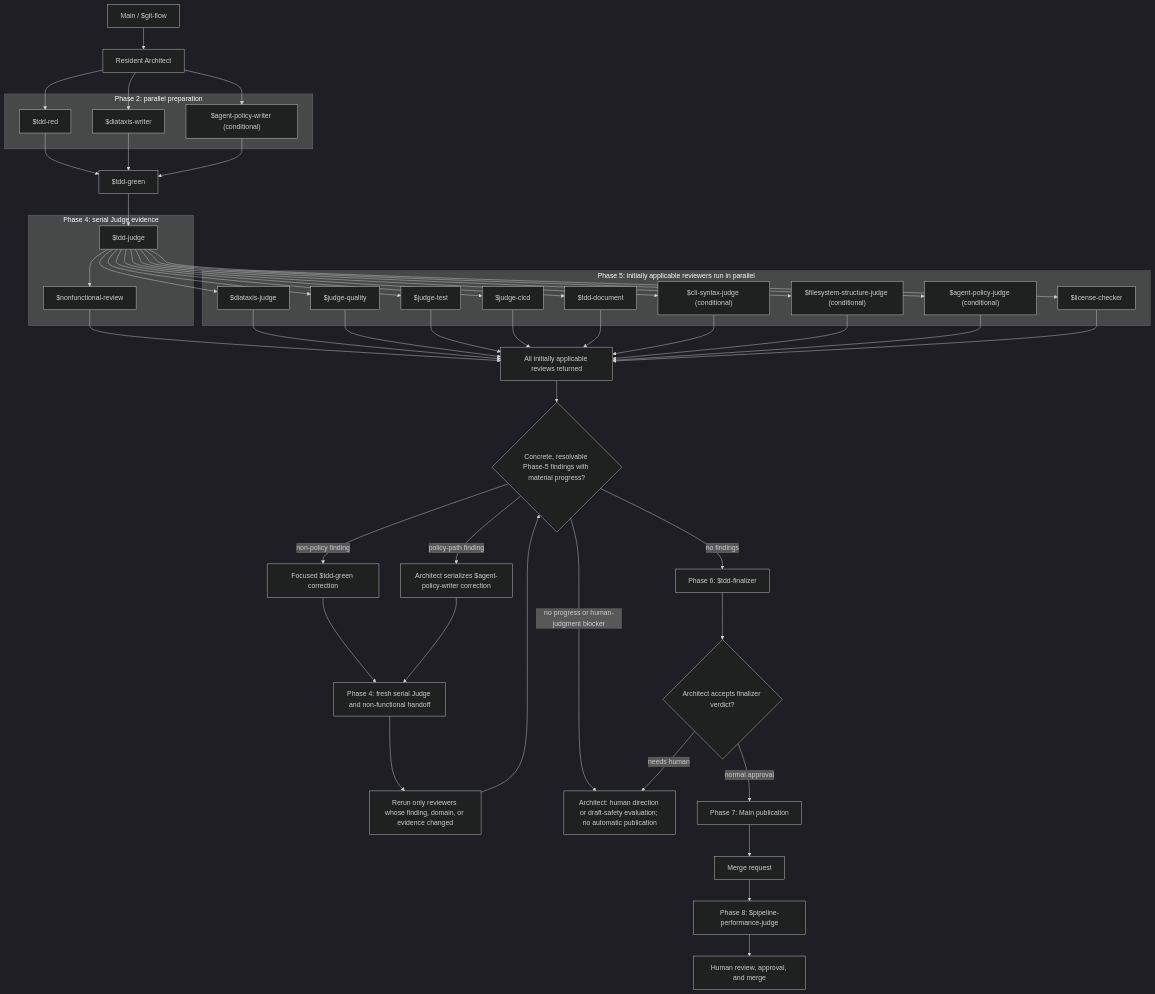
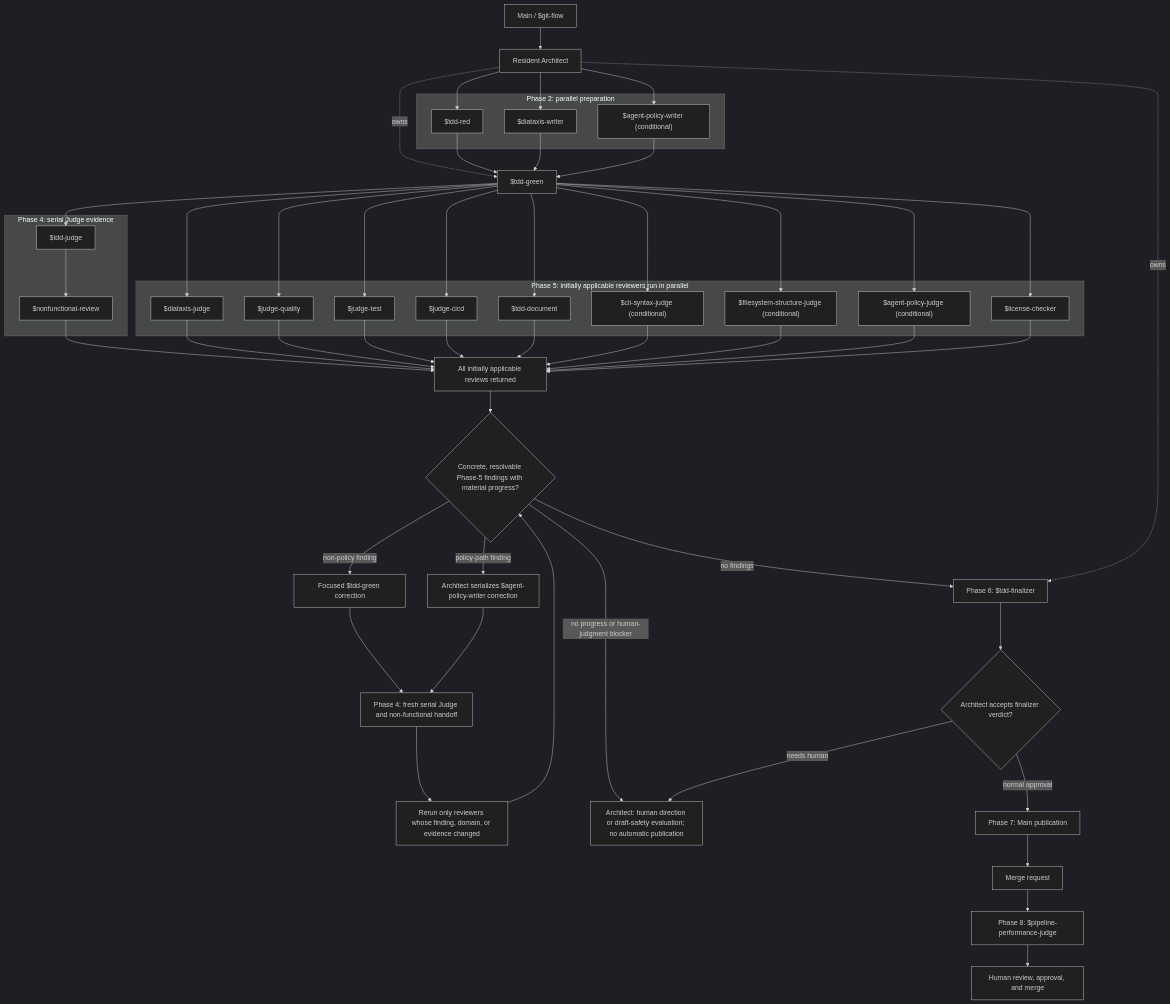
One commit to dfwguy/nvis-ova-agentic-copier changed the first of 5 diagrams in docs/explanation/agentic-workflow.md. Above: the diagram before and after it, drawn with Mermaid (dark theme). The commit also changed other lines of this file and 14 other files, not shown here.

````diff
--- a/docs/explanation/agentic-workflow.md
+++ b/docs/explanation/agentic-workflow.md
@@ -176,66 +189,68 @@
 ```mermaid
 flowchart TD
     main["Main / $git-flow"] --> architect["Resident Architect"]
     subgraph phase2["Phase 2: parallel preparation"]
         red["$tdd-red"]
         writer["$diataxis-writer"]
         policywriter["$agent-policy-writer (conditional)"]
     end
     architect --> red
     architect --> writer
     architect --> policywriter
-    red --> green["$tdd-green"]
+    architect -. owns .-> green["$tdd-green"]
+    red --> green
     writer --> green
     policywriter --> green
-    green --> judge["Phase 4: $tdd-judge (serial)"]
+    green --> judge
     subgraph phase4["Phase 4: serial Judge evidence"]
         judge["$tdd-judge"]
         nonfunctional["$nonfunctional-review"]
     end
     subgraph phase5["Phase 5: initially applicable reviewers run in parallel"]
         diataxis["$diataxis-judge"]
         quality["$judge-quality"]
         testjudge["$judge-test"]
         cicd["$judge-cicd"]
         readme["$tdd-document"]
         cli["$cli-syntax-judge (conditional)"]
         filesystem["$filesystem-structure-judge (conditional)"]
         policy["$agent-policy-judge (conditional)"]
         license["$license-checker"]
     end
     judge --> nonfunctional
-    judge --> diataxis
-    judge --> quality
-    judge --> testjudge
-    judge --> cicd
-    judge --> readme
-    judge --> cli
-    judge --> filesystem
-    judge --> policy
-    judge --> license
+    green --> diataxis
+    green --> quality
+    green --> testjudge
+    green --> cicd
+    green --> readme
+    green --> cli
+    green --> filesystem
+    green --> policy
+    green --> license
     nonfunctional --> reviews["All initially applicable reviews returned"]
     diataxis --> reviews
     quality --> reviews
     testjudge --> reviews
     cicd --> reviews
     readme --> reviews
     cli --> reviews
     filesystem --> reviews
     policy --> reviews
     license --> reviews
     reviews --> phase5outcome{"Concrete, resolvable Phase-5 findings with material progress?"}
     phase5outcome -- "non-policy finding" --> focusedgreen["Focused $tdd-green correction"]
     phase5outcome -- "policy-path finding" --> policycorrection["Architect serializes $agent-policy-writer correction"]
     focusedgreen --> correctionjudge["Phase 4: fresh serial Judge and non-functional handoff"]
     policycorrection --> correctionjudge
     correctionjudge --> selective["Rerun only reviewers whose finding, domain, or evidence changed"]
     selective --> phase5outcome
     phase5outcome -- "no findings" --> finalizer["Phase 6: $tdd-finalizer"]
+    architect -. owns .-> finalizer
     phase5outcome -- "no progress or human-judgment blocker" --> humanstop["Architect: human direction or draft-safety evaluation; no automatic publication"]
     finalizer --> decision{"Architect accepts finalizer verdict?"}
     decision -- "normal approval" --> publish["Phase 7: Main publication"]
     decision -- "needs human" --> humanstop
     publish --> mr["Merge request"]
     mr --> pipeline["Phase 8: $pipeline-performance-judge"]
     pipeline --> human["Human review, approval, and merge"]
 ```
````
